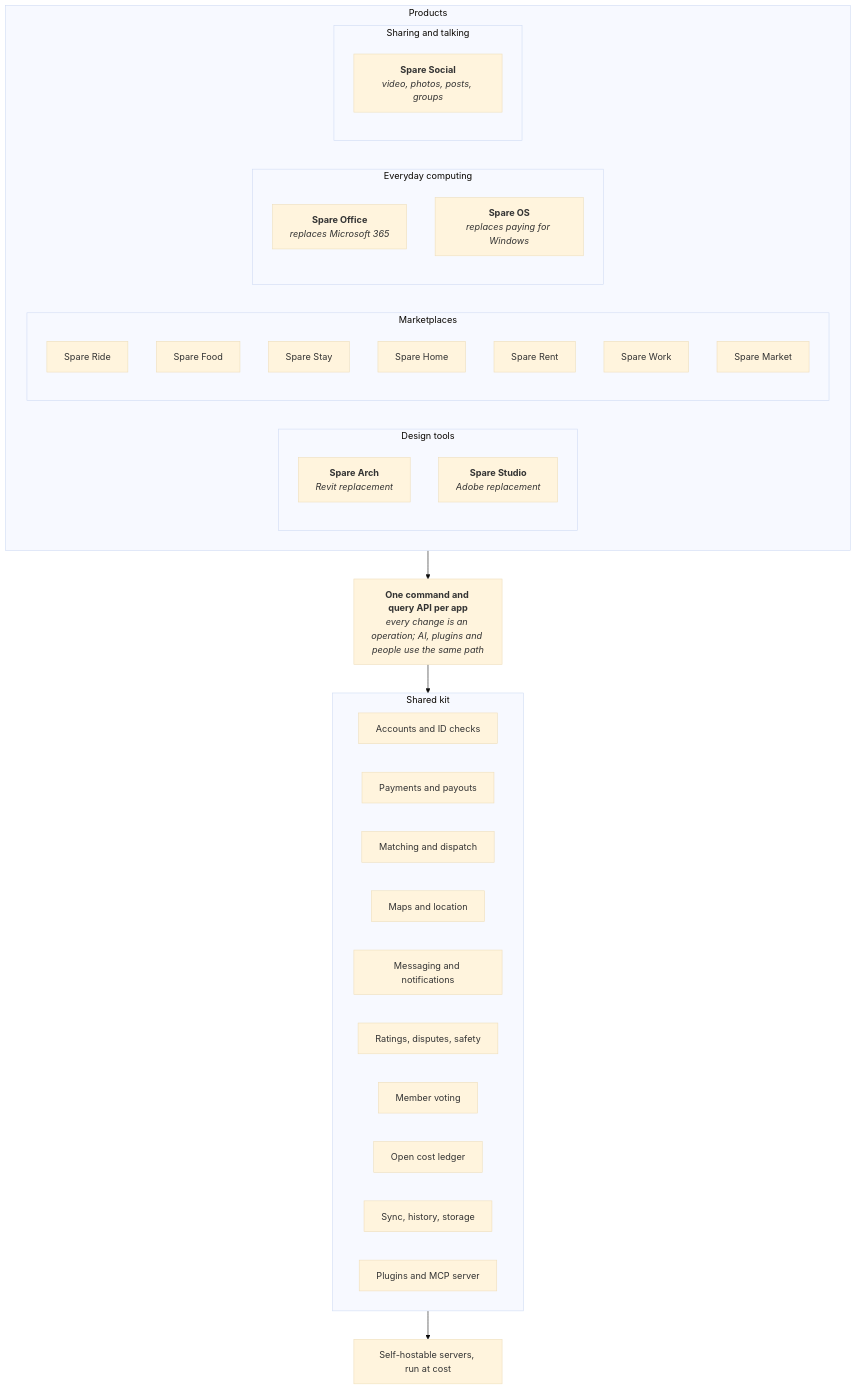
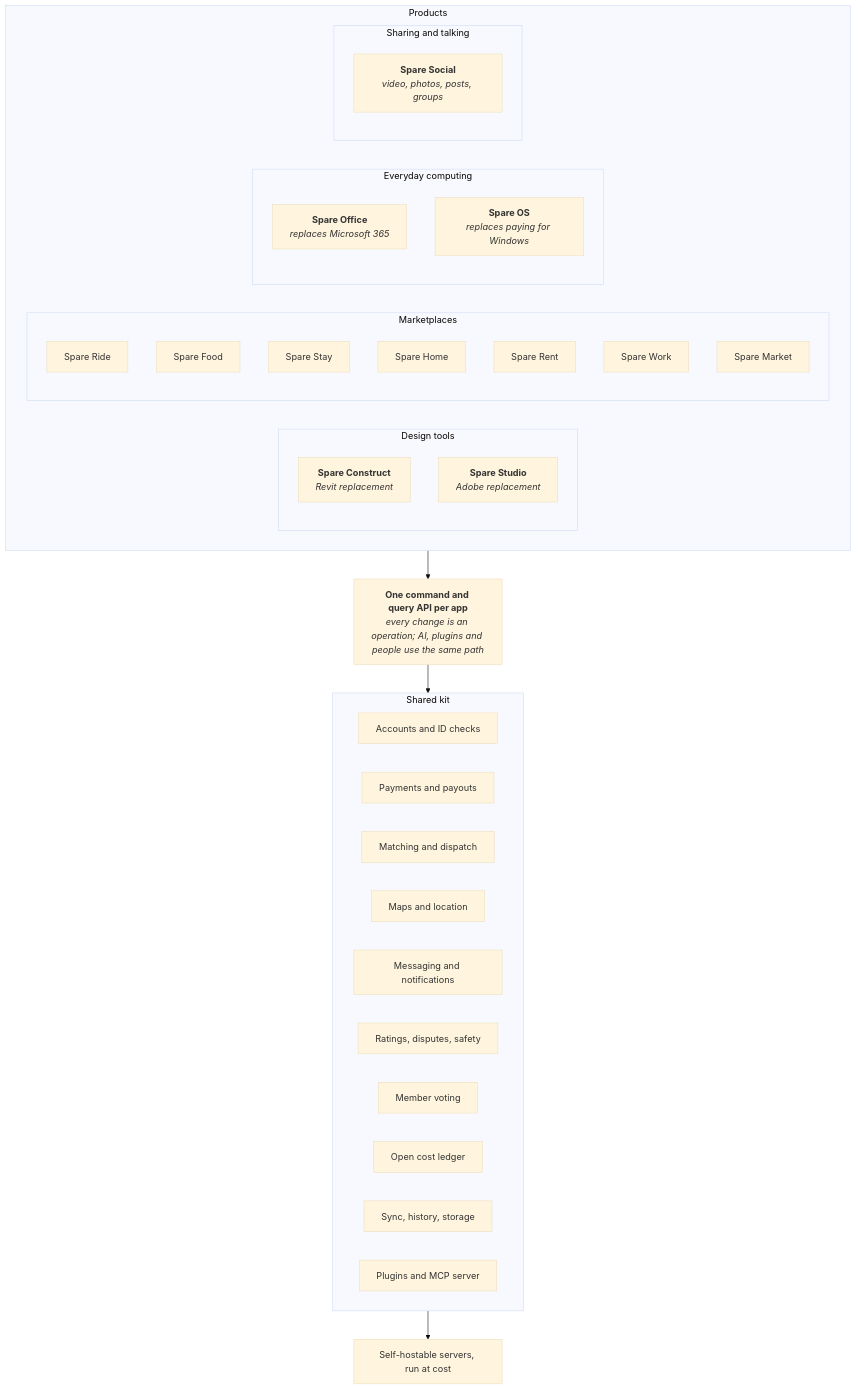
The first of 2 diagrams in ARCHITECTURE.md (spareware-co-op/spareware), drawn with Mermaid (base theme) before and after one commit. The commit also changed other lines of this file and 119 other files, not shown here.

First line of the commit message:
Spare Arch is now Spare Construct, to cover every discipline and civil design

````diff
--- a/ARCHITECTURE.md
+++ b/ARCHITECTURE.md
@@ -7,47 +7,47 @@
 ```mermaid
 flowchart TB
   subgraph Products
     direction LR
     subgraph Design[Design tools]
-      ARCH["`**Spare Arch**
+      CONSTRUCT["`**Spare Construct**
 *Revit replacement*`"]
       CREATIVE["`**Spare Studio**
 *Adobe replacement*`"]
     end
     subgraph Markets[Marketplaces]
       RIDE[Spare Ride]
       FOOD[Spare Food]
       STAY[Spare Stay]
       HOME[Spare Home]
       RENT[Spare Rent]
       WORK[Spare Work]
       MARKET[Spare Market]
     end
     subgraph Compute[Everyday computing]
       OFFICEAPP["`**Spare Office**
 *replaces Microsoft 365*`"]
       OSAPP["`**Spare OS**
 *replaces paying for Windows*`"]
     end
     subgraph Social[Sharing and talking]
       SOCIALAPP["`**Spare Social**
 *video, photos, posts, groups*`"]
     end
   end
   API["`**One command and query API per app**
 *every change is an operation; AI, plugins and people use the same path*`"]
   subgraph Kit[Shared kit]
     ID[Accounts and ID checks]
     PAY[Payments and payouts]
     MATCH[Matching and dispatch]
     MAP[Maps and location]
     MSG[Messaging and notifications]
     TRUST[Ratings, disputes, safety]
     VOTE[Member voting]
     LEDGER[Open cost ledger]
     SYNC[Sync, history, storage]
     PLUG[Plugins and MCP server]
   end
   HOST[Self-hostable servers, run at cost]
   Products --> API --> Kit --> HOST
 ```
````
